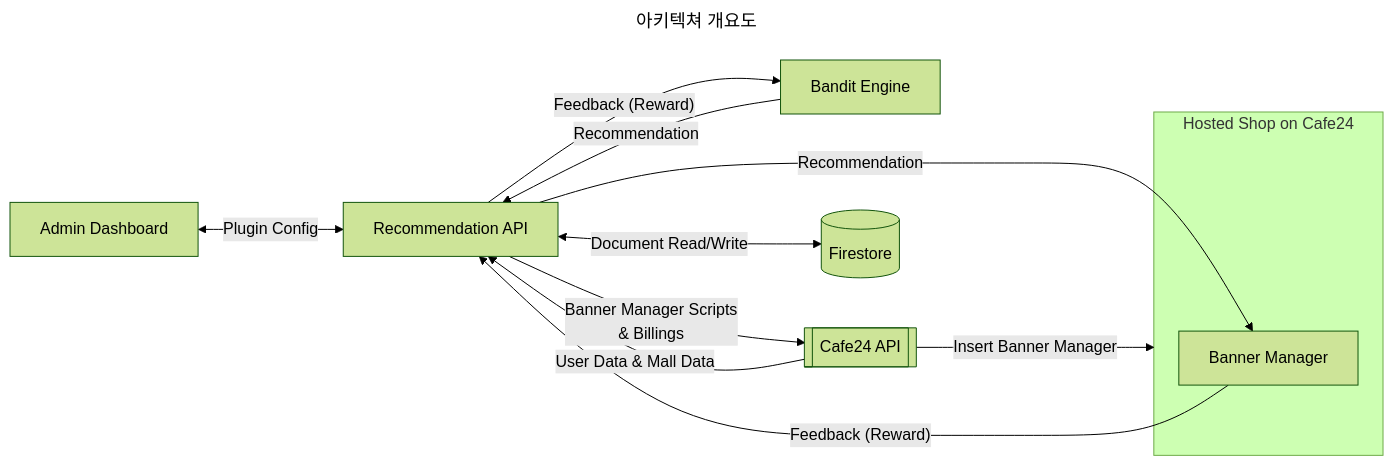
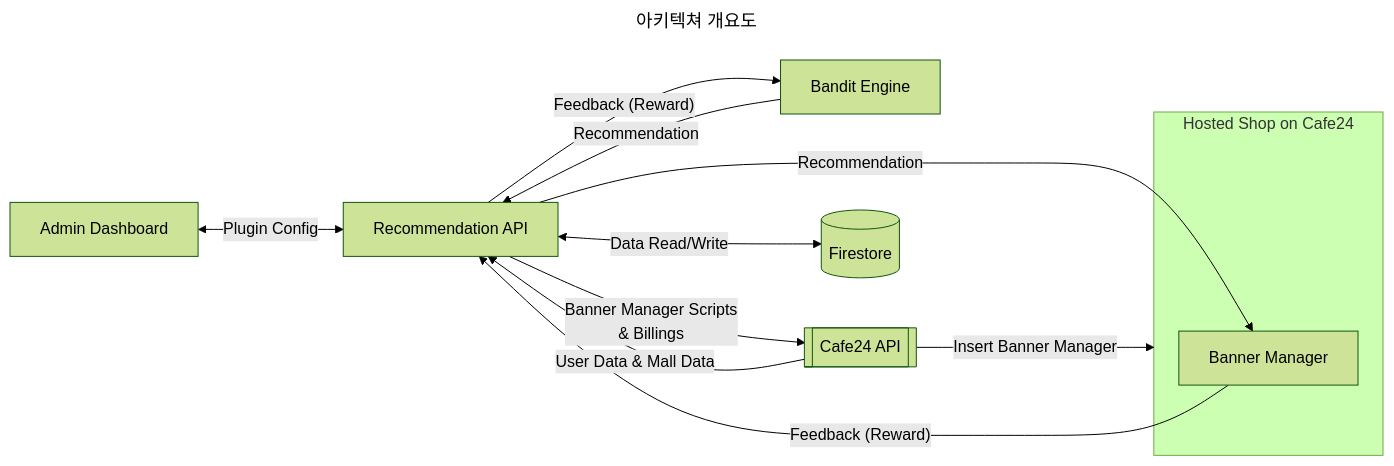
One commit to 01Joseph-Hwang10/about changed the diagram in docs/career-description/pickhound/_architecture.mdx. Above: the diagram before and after it, drawn with Mermaid (forest theme). The commit also changed 11 other files, not shown here.

````diff
--- a/docs/career-description/pickhound/_architecture.mdx
+++ b/docs/career-description/pickhound/_architecture.mdx
@@ -4,25 +4,25 @@
 ```mermaid
 ---
 title: 아키텍쳐 개요도
 ---
 graph LR
   recommendation_api[Recommendation API]
   bandit_engine[Bandit Engine]
   cafe24_api[[Cafe24 API]]
   dashboard[Admin Dashboard]
   firestore[(Firestore)]
   subgraph shop [Hosted Shop on Cafe24]
     scripts[Banner Manager]
   end
 
   recommendation_api --> |"Feedback (Reward)"| bandit_engine
   bandit_engine --> |Recommendation| recommendation_api
-  recommendation_api <--> |Document Read/Write| firestore
+  recommendation_api <--> |Data Read/Write| firestore
   dashboard <--> |Plugin Config| recommendation_api
   scripts --> |"Feedback (Reward)"| recommendation_api
   recommendation_api --> |Recommendation| scripts
   cafe24_api --> |User Data & Mall Data| recommendation_api
   recommendation_api --> |"Banner Manager Scripts
   & Billings"| cafe24_api
   cafe24_api --> |Insert Banner Manager| shop
 ```
````
